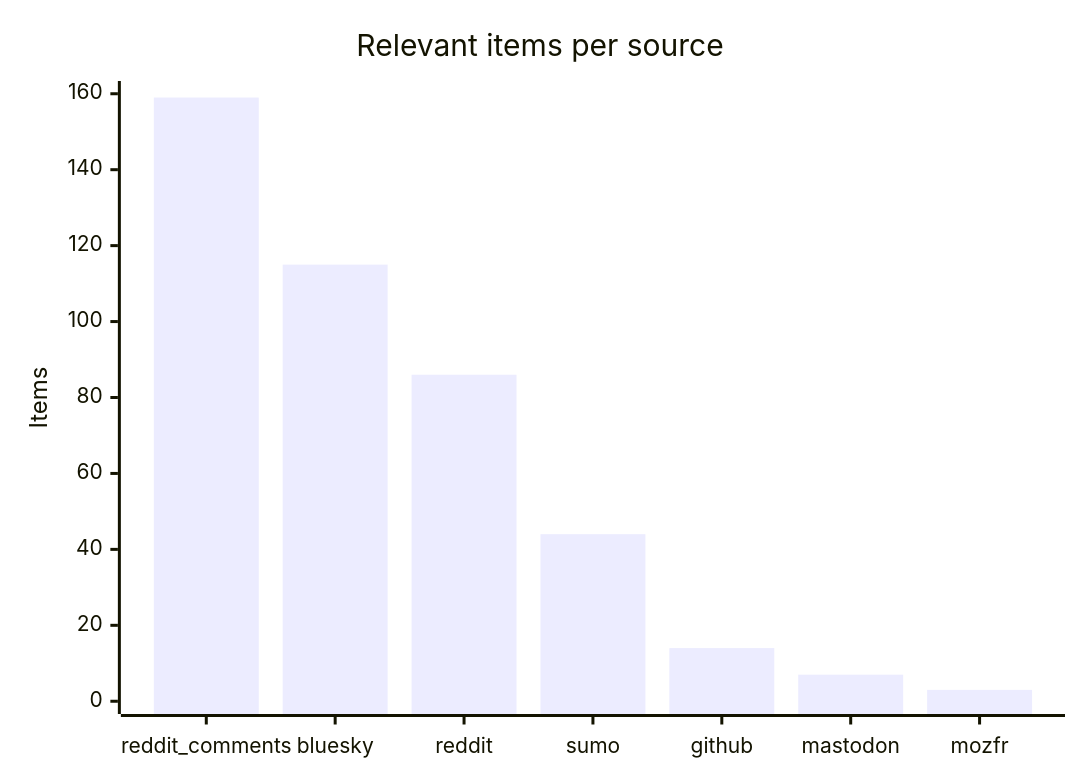
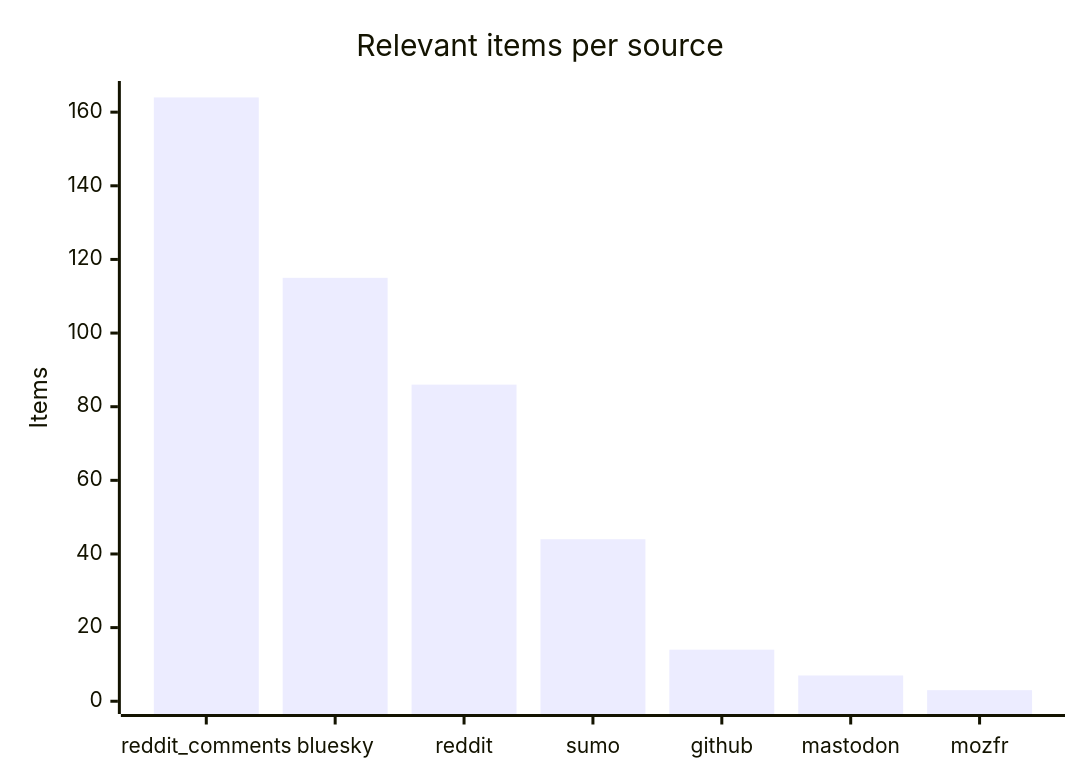
One commit to martinbalfanz/social-scanner-reports changed the third of 4 diagrams in README.md. Above: the diagram before and after it, drawn with Mermaid. The commit also changed other lines of this file and 4 other files, not shown here.

````diff
--- a/README.md
+++ b/README.md
@@ -48,7 +48,7 @@
 ```mermaid
 xychart-beta
     title "Relevant items per source"
     x-axis ["reddit_comments", "bluesky", "reddit", "sumo", "github", "mastodon", "mozfr"]
-    y-axis "Items" 0 --> 160
-    bar [159, 115, 86, 44, 14, 7, 3]
+    y-axis "Items" 0 --> 165
+    bar [164, 115, 86, 44, 14, 7, 3]
 ```
````
